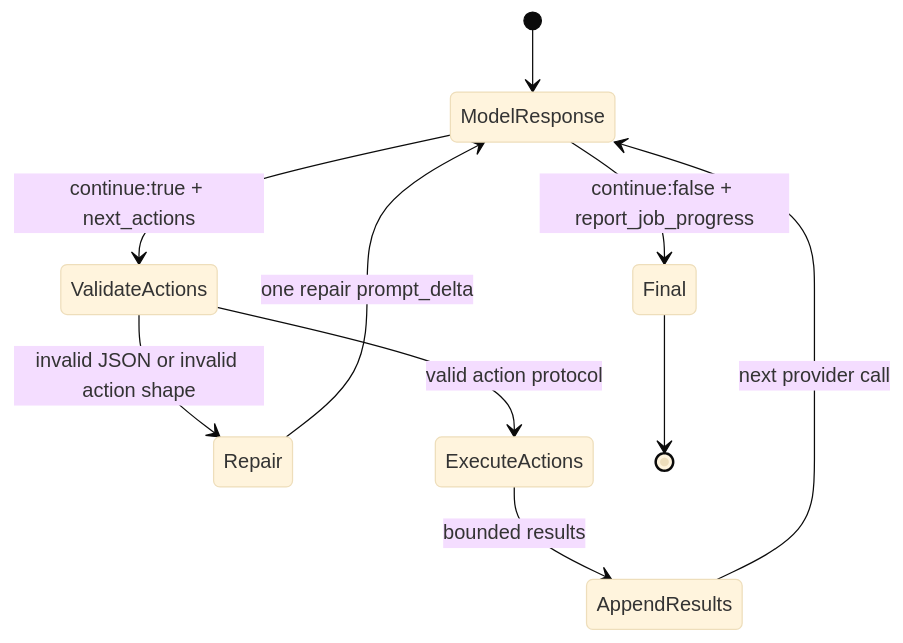
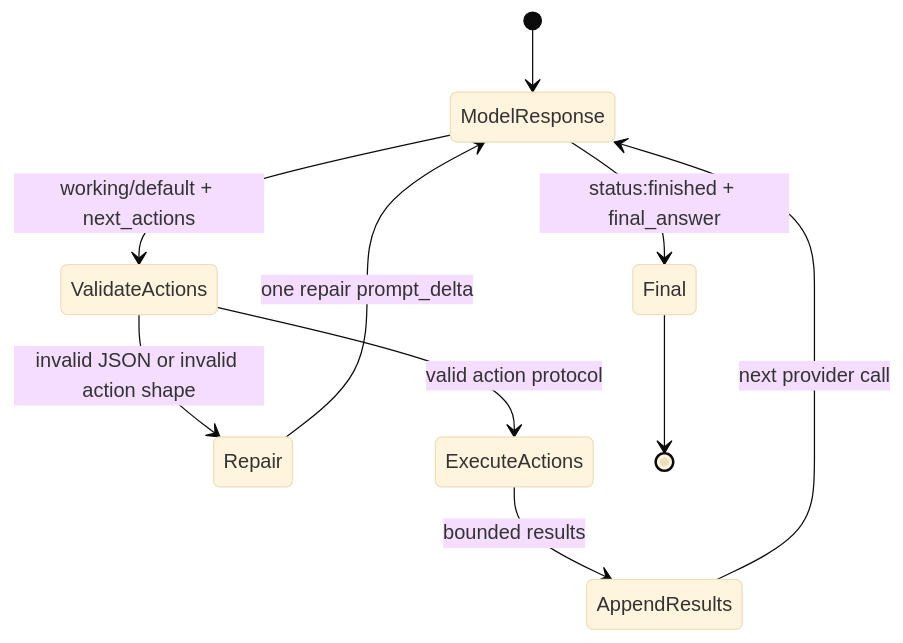
One commit to moliam/TimemAi changed the third of 4 diagrams in docs/architecture.md. Above: the diagram before and after it, drawn with Mermaid (base theme). The commit also changed other lines of this file and 11 other files, not shown here.

````diff
--- a/docs/architecture.md
+++ b/docs/architecture.md
@@ -364,12 +367,12 @@
 ```mermaid
 stateDiagram-v2
     [*] --> ModelResponse
-    ModelResponse --> Final: continue:false + report_job_progress
-    ModelResponse --> ValidateActions: continue:true + next_actions
+    ModelResponse --> Final: status:finished + final_answer
+    ModelResponse --> ValidateActions: working/default + next_actions
     ValidateActions --> Repair: invalid JSON or invalid action shape
     Repair --> ModelResponse: one repair prompt_delta
     ValidateActions --> ExecuteActions: valid action protocol
     ExecuteActions --> AppendResults: bounded results
     AppendResults --> ModelResponse: next provider call
     Final --> [*]
 ```
````
